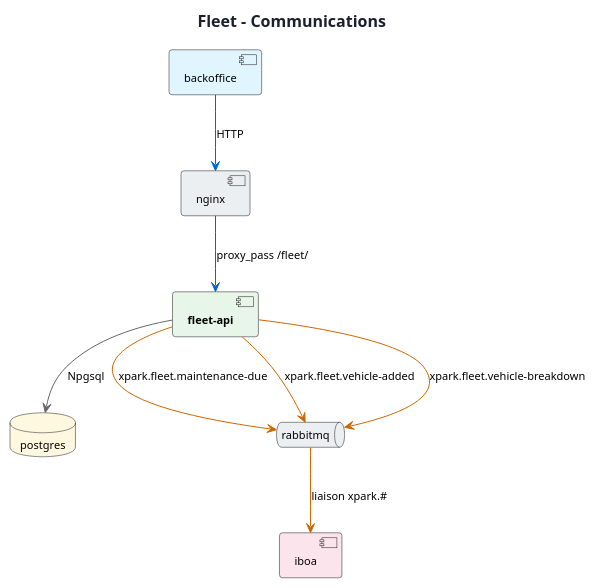
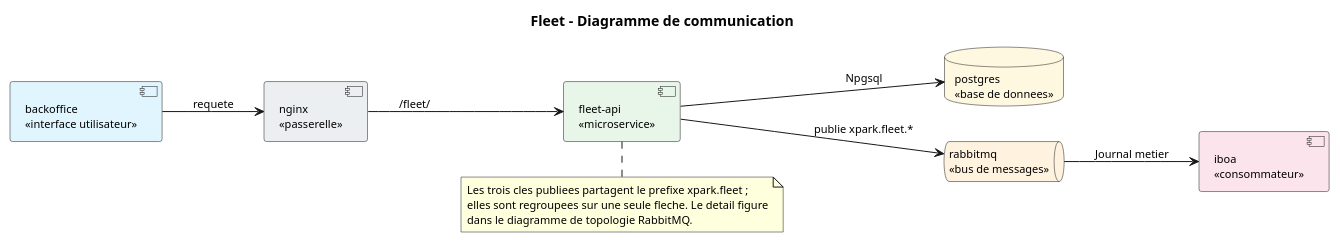
Before and after one commit to saber-barhoumi/Xpark-gmao: the diagram in docs/diagrams/microservices/Fleet/Fleet-communication.puml, drawn with PlantUML. The commit also changed 23 other files, not shown here.

First line of the commit message:
docs(uml): mise en page des cas d'utilisation et des communications

```diff
--- a/docs/diagrams/microservices/Fleet/Fleet-communication.puml
+++ b/docs/diagrams/microservices/Fleet/Fleet-communication.puml
@@ -1,35 +1,47 @@
 @startuml
 skinparam style strictuml
-skinparam backgroundColor #FFFFFF
+skinparam packageStyle rectangle
+skinparam classAttributeIconSize 0
 skinparam shadowing false
 skinparam defaultFontName Verdana
 skinparam defaultFontSize 11
-skinparam roundCorner 6
-skinparam ArrowColor #4A5568
-skinparam TitleFontSize 16
-skinparam TitleFontColor #1A202C
-skinparam NoteBackgroundColor #FFF8DC
-skinparam NoteBorderColor #D6BF7A
+skinparam backgroundColor #FFFFFF
+hide empty members
 skinparam componentStyle rectangle
+left to right direction
 
-title Fleet - Communications
 
-skinparam componentStyle rectangle
+title Fleet - Diagramme de communication
 
-component "**fleet-api**" as ME #E8F5E9
+' 1. Clients
+component "backoffice\n<<interface utilisateur>>" as BO #E1F5FE
 
-component "backoffice" as BO #E1F5FE
-component "nginx" as GWc #ECEFF1
-database "postgres" as PG #FFF8E1
-queue "rabbitmq" as MQ #ECEFF1
+' 2. Passerelle
+component "nginx\n<<passerelle>>" as GW #ECEFF1
 
-BO -[#0066CC]-> GWc : HTTP
-GWc -[#0066CC]-> ME : proxy_pass /fleet/
-ME -[#666666]-> PG : Npgsql
-ME -[#CC6600]-> MQ : xpark.fleet.maintenance-due
-ME -[#CC6600]-> MQ : xpark.fleet.vehicle-added
-ME -[#CC6600]-> MQ : xpark.fleet.vehicle-breakdown
-component "iboa" as IB #FCE4EC
-MQ -[#CC6600]-> IB : liaison xpark.#
+' 3. Service
+component "fleet-api\n<<microservice>>" as API #E8F5E9
+
+' 4. Persistance et messagerie
+database "postgres\n<<base de donnees>>" as BD #FFF8E1
+queue "rabbitmq\n<<bus de messages>>" as MQ #FFF3E0
+
+' 5. Consommateurs
+component "iboa\n<<consommateur>>" as iboa #FCE4EC
+
+' Flux synchrone (HTTP), de gauche a droite
+BO --> GW : requete
+GW --> API : /fleet/
+API --> BD : Npgsql
+
+' Flux asynchrone (AMQP) : une seule fleche par famille de cles
+API --> MQ : publie xpark.fleet.*
+MQ --> iboa : Journal metier
+
+note bottom of API
+  Les trois cles publiees partagent le prefixe xpark.fleet ;
+  elles sont regroupees sur une seule fleche. Le detail figure
+  dans le diagramme de topologie RabbitMQ.
+end note
 
 @enduml
```
